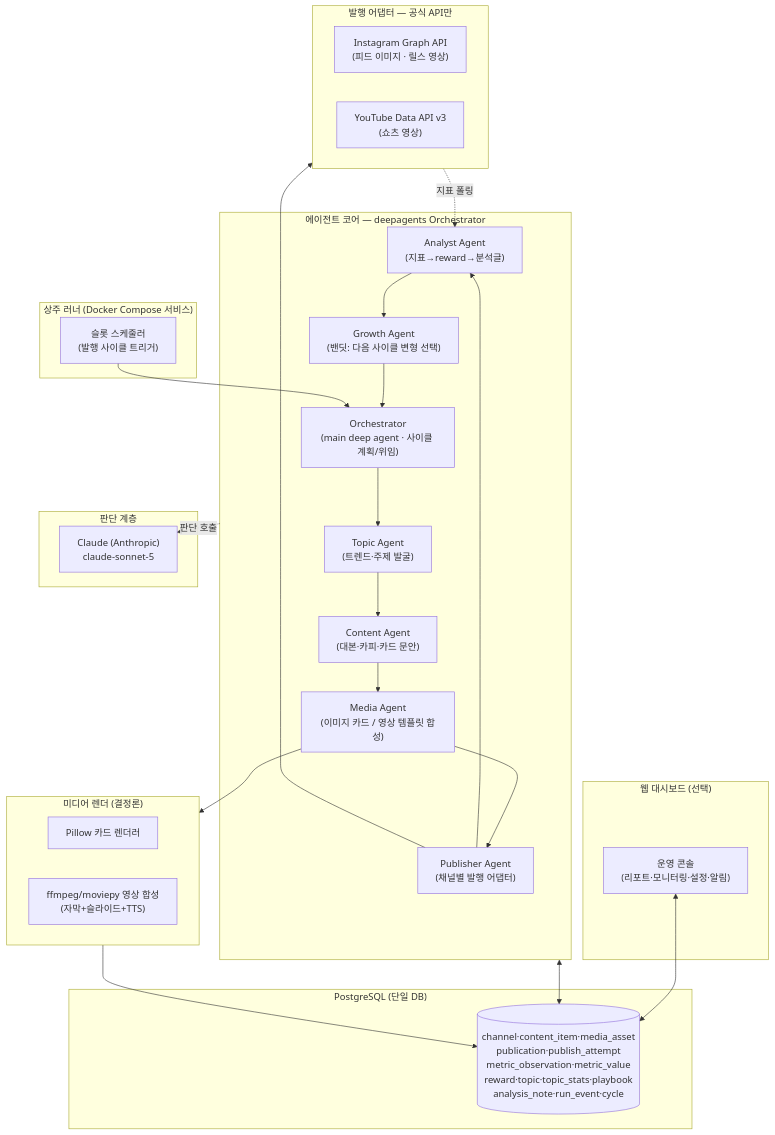
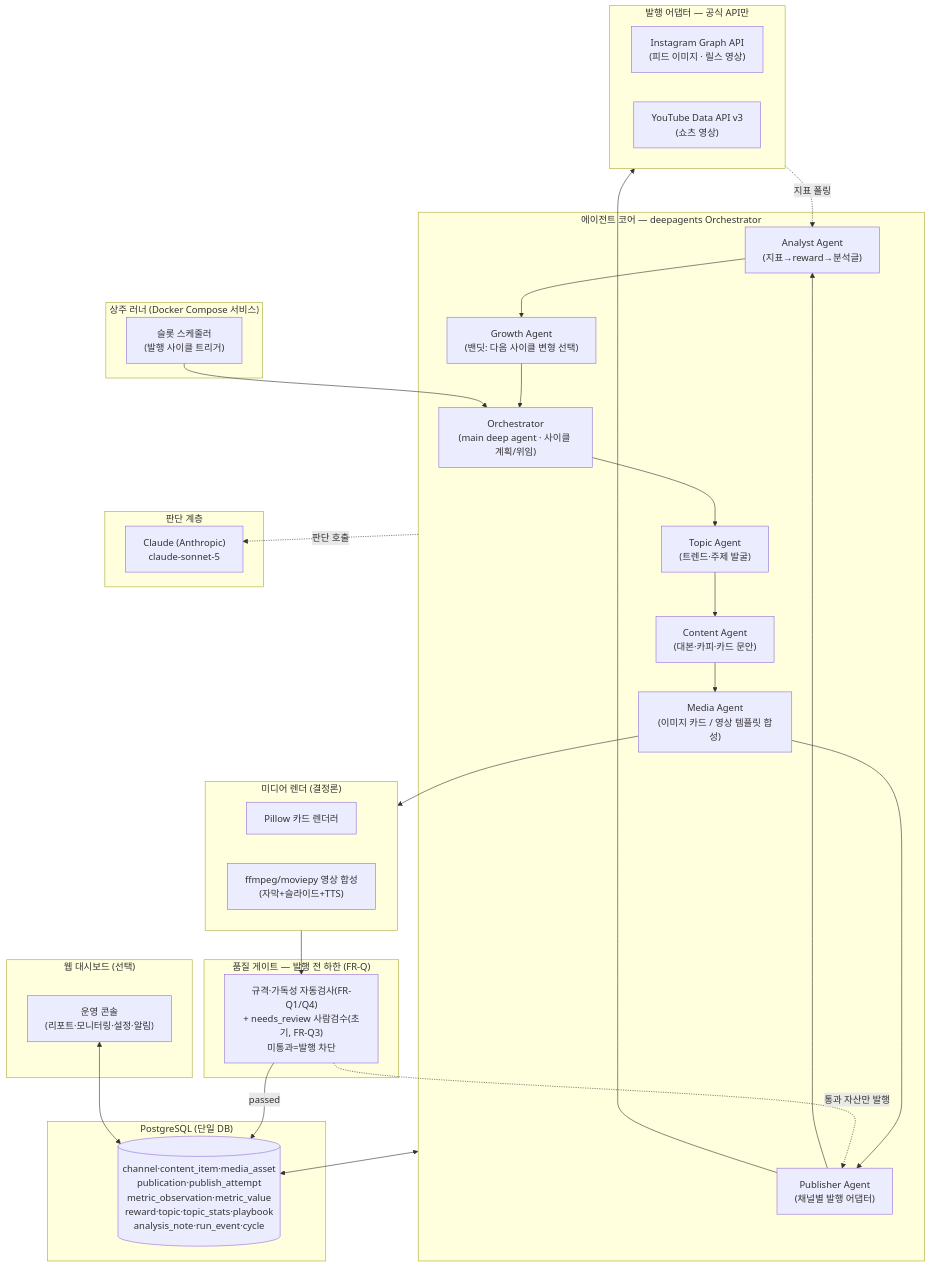
One commit to Working-youth-squad/multiagent-sns changed the diagram in docs/diagrams/architecture.mermaid. Above: the diagram before and after it, drawn with Mermaid. The commit also changed 1 other file, not shown here.

Commit message:
docs(diagrams): 품질 게이트 강화에 맞춰 아키텍처·ERD 다이어그램 정합화
품질 게이트(FR-Q) 보강이 다이어그램과 어긋난 지점을 맞춘다.

- erd.mermaid: media_asset에 quality_status·quality_report 컬럼 추가.
  ERD.md 본문·SPEC FR-Q2·publish-cycle-sequence는 이미 참조하는데
  ERD 다이어그램만 누락돼 있던 불일치 해소.
- architecture.mermaid: 품질 게이트를 1급 노드(QGATE)로 추가하고
  렌더→게이트→발행 경로로 배선(passed만 발행, 미통과=차단).
  발행 시퀀스에는 게이트가 있는데 아키텍처 그림에만 빠져 있던 공백 해소.

두 파일 모두 mermaid-cli 렌더 검증 통과.

Claude-Session: https://claude.ai/code/session_01M9j7hMxKTYwjGe5onLa3XT

```diff
--- a/docs/diagrams/architecture.mermaid
+++ b/docs/diagrams/architecture.mermaid
@@ -1,49 +1,55 @@
 %% multiagent-sns — 시스템 아키텍처
 %% 멀티에이전트(deepagents) 자율 SNS 성장 엔진. 개발자 주제 → IG 피드/IG 릴스/YouTube 쇼츠.
 flowchart TB
     subgraph SCHED["상주 러너 (Docker Compose 서비스)"]
         CRON["슬롯 스케줄러<br/>(발행 사이클 트리거)"]
     end
 
     subgraph CORE["에이전트 코어 — deepagents Orchestrator"]
         ORCH["Orchestrator<br/>(main deep agent · 사이클 계획/위임)"]
         A_TOPIC["Topic Agent<br/>(트렌드·주제 발굴)"]
         A_CONTENT["Content Agent<br/>(대본·카피·카드 문안)"]
         A_MEDIA["Media Agent<br/>(이미지 카드 / 영상 템플릿 합성)"]
         A_PUB["Publisher Agent<br/>(채널별 발행 어댑터)"]
         A_ANALYST["Analyst Agent<br/>(지표→reward→분석글)"]
         A_GROWTH["Growth Agent<br/>(밴딧: 다음 사이클 변형 선택)"]
         ORCH --> A_TOPIC --> A_CONTENT --> A_MEDIA --> A_PUB
         A_PUB --> A_ANALYST --> A_GROWTH --> ORCH
     end
 
     subgraph LLM["판단 계층"]
         CLAUDE["Claude (Anthropic)<br/>claude-sonnet-5"]
     end
 
     subgraph RENDER["미디어 렌더 (결정론)"]
         IMG["Pillow 카드 렌더러"]
         VID["ffmpeg/moviepy 영상 합성<br/>(자막+슬라이드+TTS)"]
     end
 
+    subgraph QUALITY["품질 게이트 — 발행 전 하한 (FR-Q)"]
+        QGATE["규격·가독성 자동검사(FR-Q1/Q4)<br/>+ needs_review 사람검수(초기, FR-Q3)<br/>미통과=발행 차단"]
+    end
+
     subgraph PUBAPI["발행 어댑터 — 공식 API만"]
         IGAPI["Instagram Graph API<br/>(피드 이미지 · 릴스 영상)"]
         YTAPI["YouTube Data API v3<br/>(쇼츠 영상)"]
     end
 
     subgraph DATA["PostgreSQL (단일 DB)"]
         DB[("channel·content_item·media_asset<br/>publication·publish_attempt<br/>metric_observation·metric_value<br/>reward·topic·topic_stats·playbook<br/>analysis_note·run_event·cycle")]
     end
 
     subgraph WEB["웹 대시보드 (선택)"]
         UI["운영 콘솔<br/>(리포트·모니터링·설정·알림)"]
     end
 
     CRON --> ORCH
     CORE -.판단 호출.-> CLAUDE
     A_MEDIA --> RENDER
+    RENDER --> QGATE
+    QGATE -->|passed| DB
+    QGATE -. 통과 자산만 발행 .-> A_PUB
     A_PUB --> PUBAPI
     CORE <--> DB
-    RENDER --> DB
     PUBAPI -.지표 폴링.-> A_ANALYST
     UI <--> DB
```
